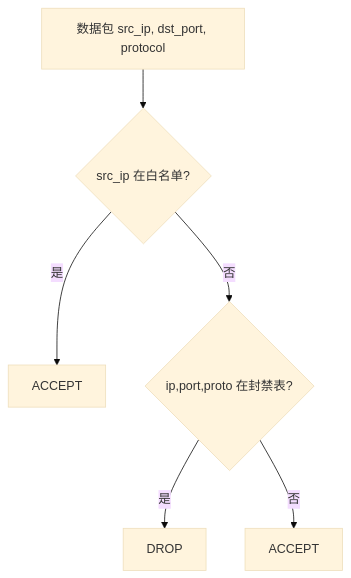
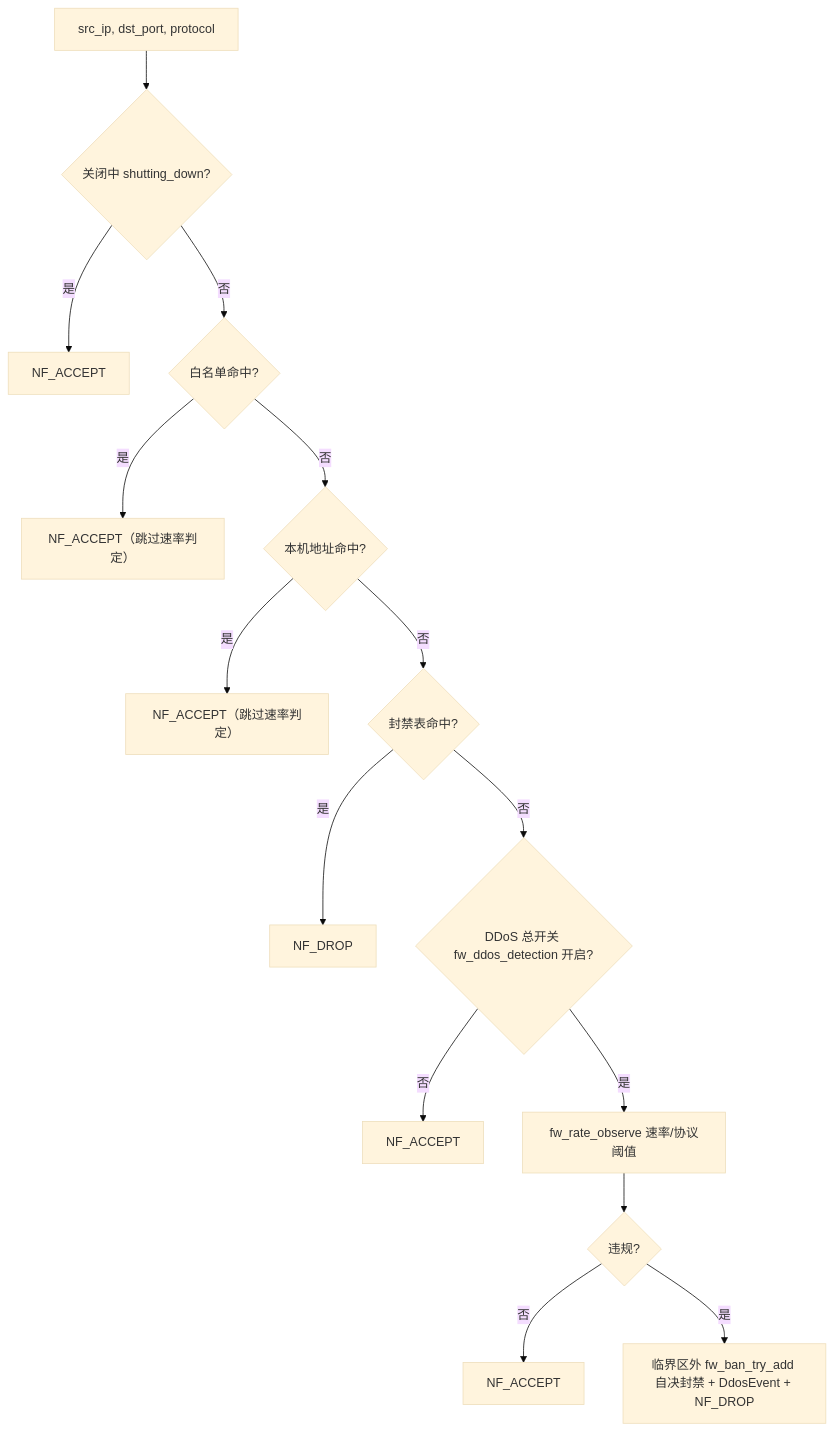
Before and after one commit to SnowCore8/linux-firewall-kmod: the second of 6 diagrams in docs/zh/architecture/data-flow.md, drawn with Mermaid (base theme). The commit also changed other lines of this file and 1 other file, not shown here.

````diff
--- a/docs/zh/architecture/data-flow.md
+++ b/docs/zh/architecture/data-flow.md
@@ -24,8 +54,17 @@
 ```mermaid
 graph TB
-    A["数据包 src_ip, dst_port, protocol"] --> B{"src_ip 在白名单?"}
-    B -->|是| C["ACCEPT"]
-    B -->|否| D{"ip,port,proto 在封禁表?"}
-    D -->|是| E["DROP"]
-    D -->|否| F["ACCEPT"]
+    A["src_ip, dst_port, protocol"] --> B{"关闭中 shutting_down?"}
+    B -->|是| ACC1["NF_ACCEPT"]
+    B -->|否| C{"白名单命中?"}
+    C -->|是| ACC2["NF_ACCEPT（跳过速率判定）"]
+    C -->|否| D{"本机地址命中?"}
+    D -->|是| ACC3["NF_ACCEPT（跳过速率判定）"]
+    D -->|否| E{"封禁表命中?"}
+    E -->|是| DR1["NF_DROP"]
+    E -->|否| F{"DDoS 总开关 fw_ddos_detection 开启?"}
+    F -->|否| ACC4["NF_ACCEPT"]
+    F -->|是| G["fw_rate_observe 速率/协议阈值"]
+    G --> H{"违规?"}
+    H -->|否| ACC5["NF_ACCEPT"]
+    H -->|是| DR2["临界区外 fw_ban_try_add 自决封禁 + DdosEvent + NF_DROP"]
 ```
````
